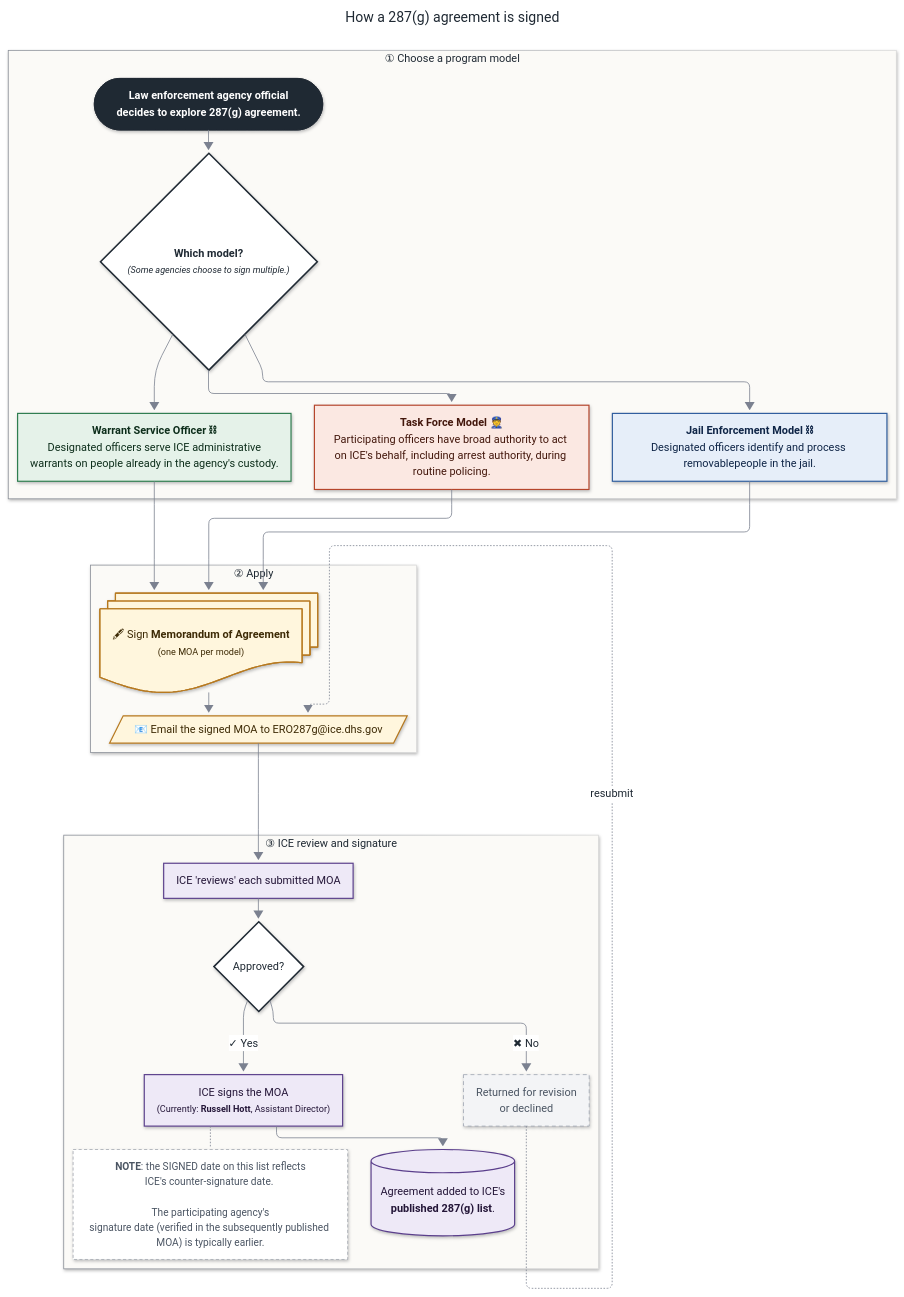
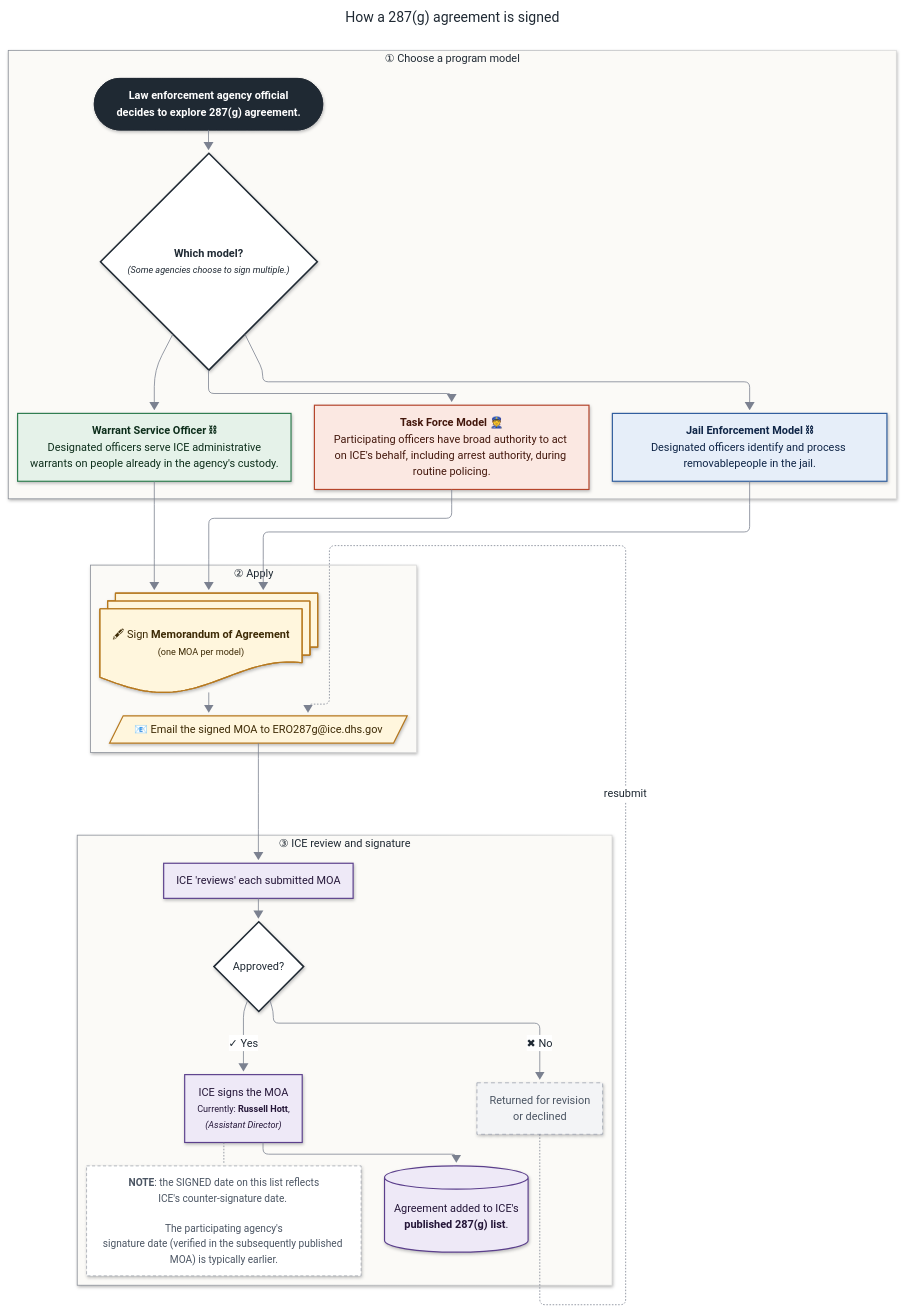
One commit to TitusThrasher/287g-Program-Report changed the diagram in resources/reporting-field-guide/Document-Chain.md. Above: the diagram before and after it, drawn with Mermaid.

Commit message:
Edit signing process diagram

```diff
--- a/resources/reporting-field-guide/Document-Chain.md
+++ b/resources/reporting-field-guide/Document-Chain.md
@@ -134,7 +134,7 @@
     review["ICE 'reviews' each submitted MOA"]
     ok{"Approved?"}
     back["Returned for revision<br/>or declined"]
-    sign["ICE signs the MOA<br/><small>(Currently: <b>Russell Hott</b>, Assistant Director)<small>"]
+    sign["ICE signs the MOA<br/><small>Currently: <b>Russell Hott</b>, </br><i>(<i>Assistant Director</i>)<small>"]
     list[("Agreement added to ICE's<br/><b>published 287(g) list</b>.")]
     datenote["<b>NOTE</b>: the SIGNED date on this list reflects<br/>ICE's counter-signature date. </br></br>The participating agency's<br/>signature date (verified in the subsequently published MOA) is typically earlier."]
   end
```
